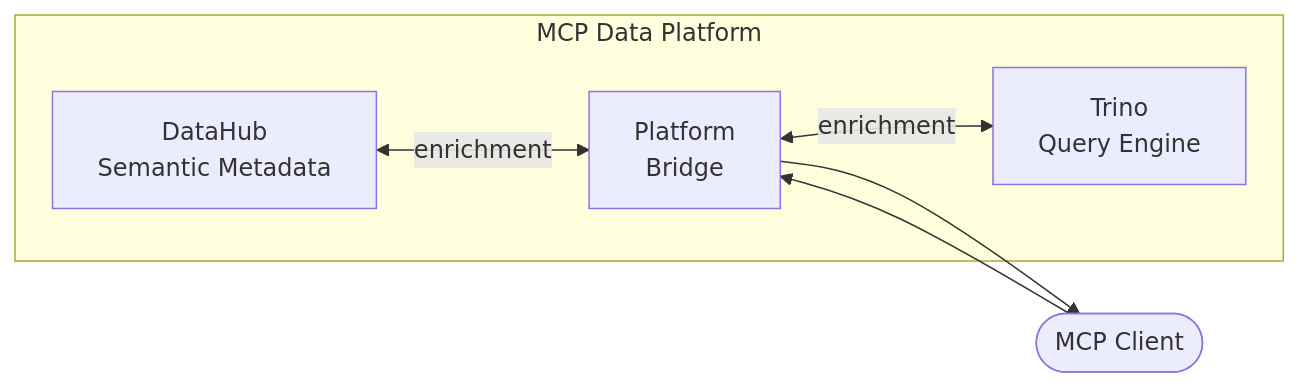
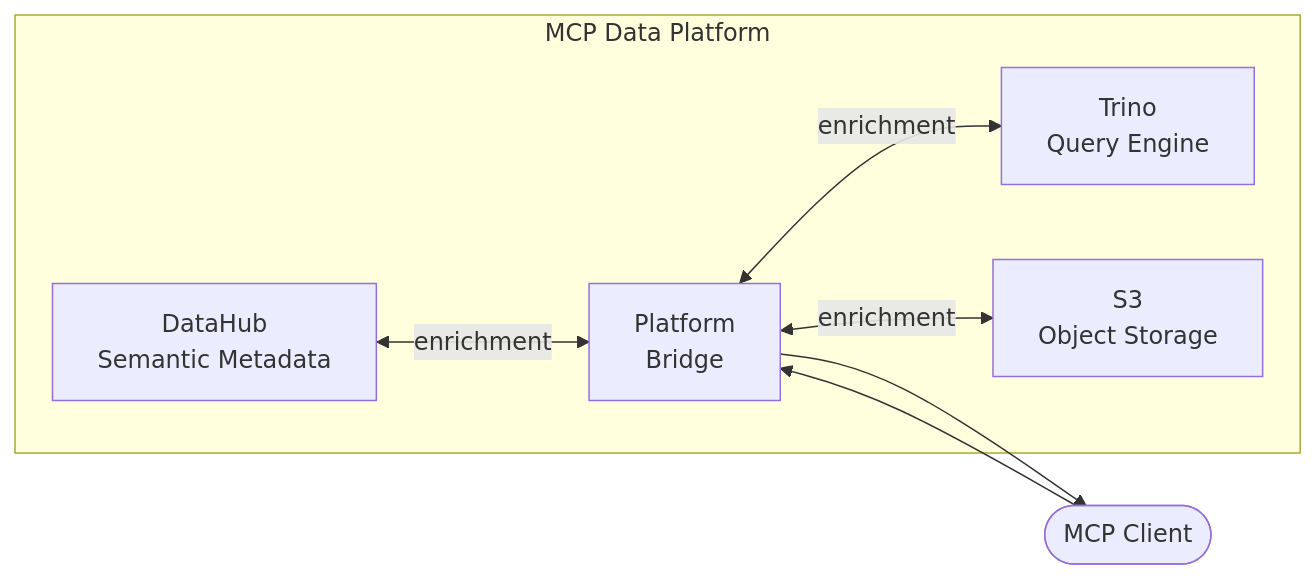
Before and after one commit to txn2/mcp-data-platform: the diagram in README.md, drawn with Mermaid. The commit also changed other lines of this file and 1 other file, not shown here.

Commit message:
Remove E2E workflow (`e2e.yml`) and update README to reflect changes in platform enrichment features (Trino, S3, DataHub).

````diff
--- a/README.md
+++ b/README.md
@@ -25,14 +27,16 @@
 ```mermaid
 graph LR
     subgraph "MCP Data Platform"
         DataHub[DataHub<br/>Semantic Metadata]
         Platform[Platform<br/>Bridge]
         Trino[Trino<br/>Query Engine]
+        S3[S3<br/>Object Storage]
 
         DataHub <-->|"enrichment"| Platform
         Platform <-->|"enrichment"| Trino
+        Platform <-->|"enrichment"| S3
     end
 
     Client([MCP Client]) --> Platform
     Platform --> Client
 ```
````
